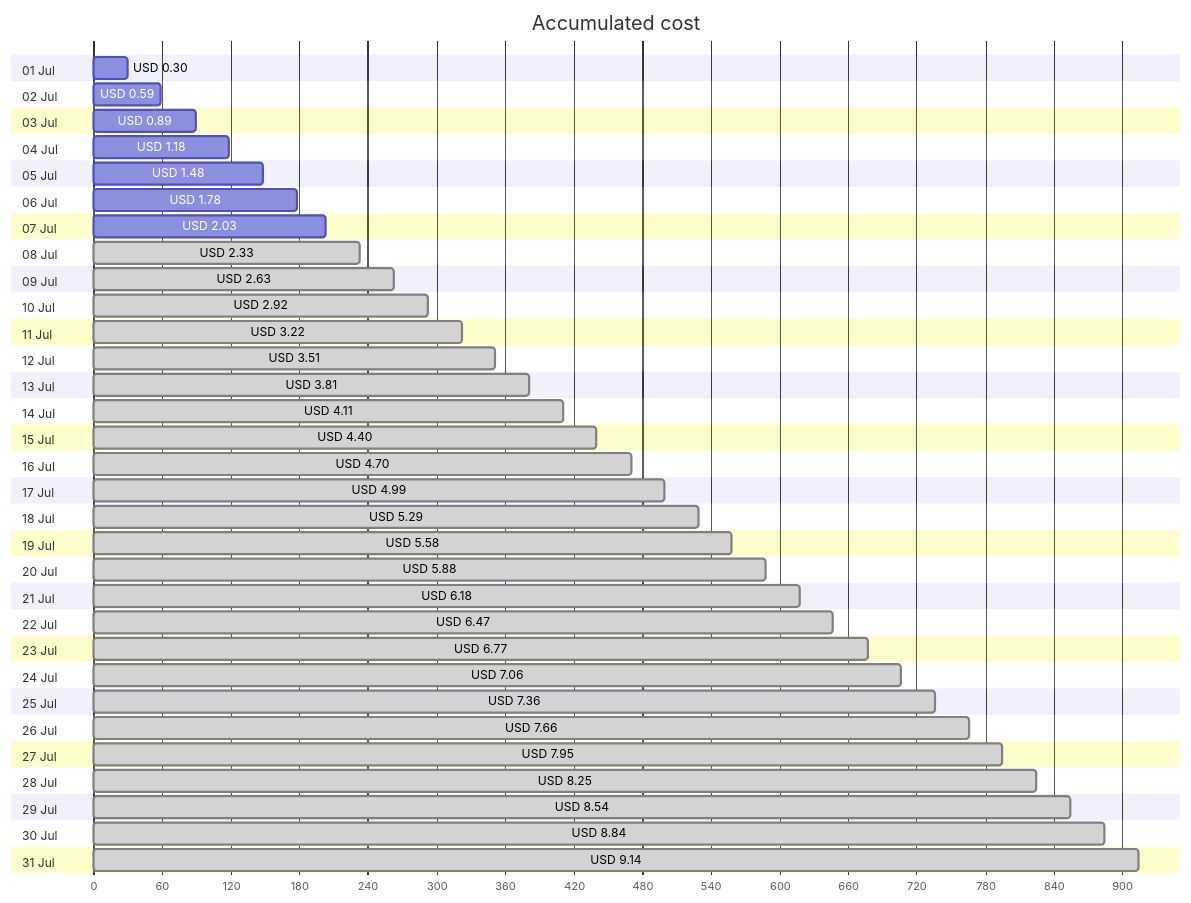
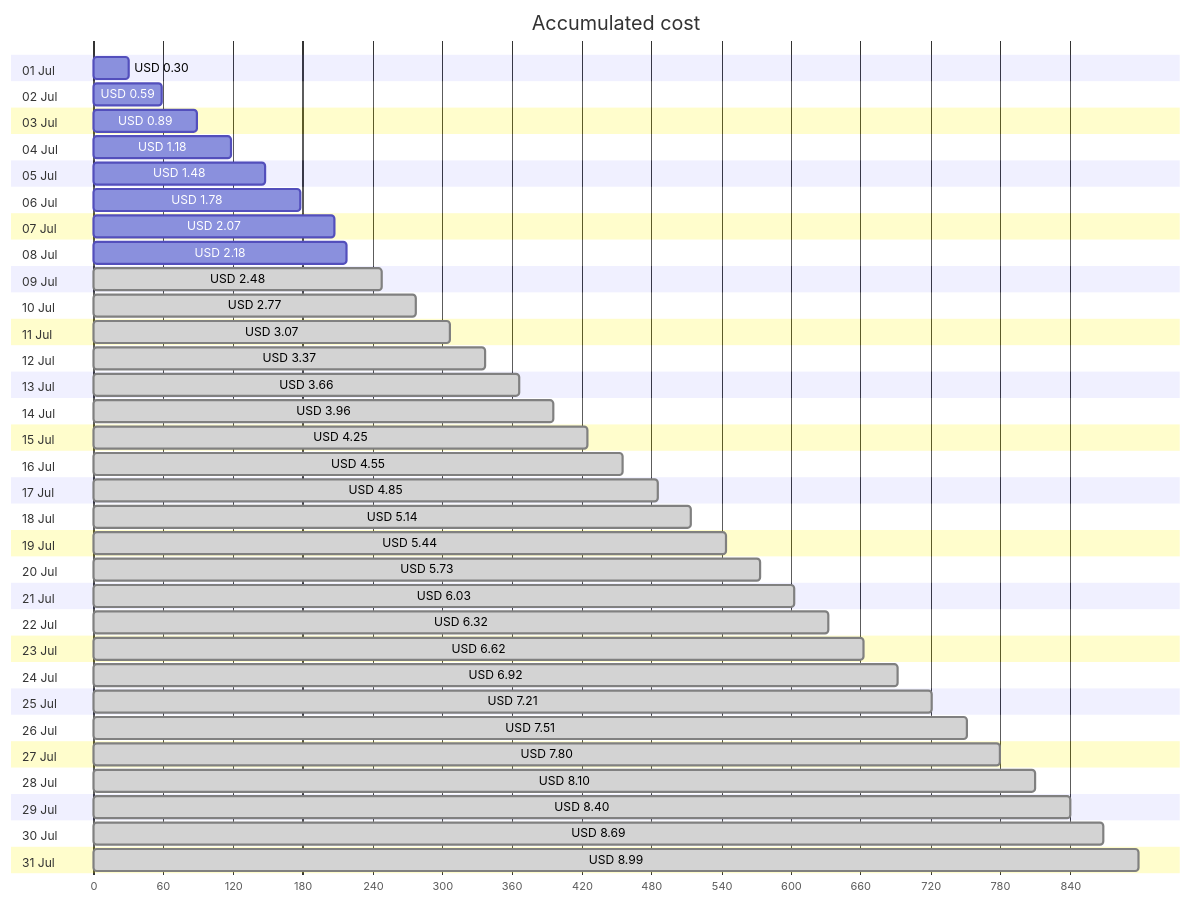
One commit to jpfulton/azure-personal-reports changed the first of 4 diagrams in cost-reports/personal-site/personal-site-preview.md. Above: the diagram before and after it, drawn with Mermaid. The commit also changed other lines of this file and 6 other files, not shown here.

````diff
--- a/cost-reports/personal-site/personal-site-preview.md
+++ b/cost-reports/personal-site/personal-site-preview.md
@@ -20,68 +20,68 @@
 ```mermaid
 gantt
    title Accumulated cost
    dateFormat  X
    axisFormat %s
    section 01 Jul
    USD 0.30 :0, 30
    section 02 Jul
    USD 0.59 :0, 59
    section 03 Jul
    USD 0.89 :0, 89
    section 04 Jul
    USD 1.18 :0, 118
    section 05 Jul
    USD 1.48 :0, 148
    section 06 Jul
    USD 1.78 :0, 178
    section 07 Jul
-   USD 2.03 :0, 203
+   USD 2.07 :0, 207
    section 08 Jul
-   USD 2.33 : done, 0, 233
+   USD 2.18 :0, 218
    section 09 Jul
-   USD 2.63 : done, 0, 263
+   USD 2.48 : done, 0, 248
    section 10 Jul
-   USD 2.92 : done, 0, 292
+   USD 2.77 : done, 0, 277
    section 11 Jul
-   USD 3.22 : done, 0, 322
+   USD 3.07 : done, 0, 307
    section 12 Jul
-   USD 3.51 : done, 0, 351
+   USD 3.37 : done, 0, 337
    section 13 Jul
-   USD 3.81 : done, 0, 381
+   USD 3.66 : done, 0, 366
    section 14 Jul
-   USD 4.11 : done, 0, 411
+   USD 3.96 : done, 0, 396
    section 15 Jul
-   USD 4.40 : done, 0, 440
+   USD 4.25 : done, 0, 425
    section 16 Jul
-   USD 4.70 : done, 0, 470
+   USD 4.55 : done, 0, 455
    section 17 Jul
-   USD 4.99 : done, 0, 499
+   USD 4.85 : done, 0, 485
    section 18 Jul
-   USD 5.29 : done, 0, 529
+   USD 5.14 : done, 0, 514
    section 19 Jul
-   USD 5.58 : done, 0, 558
+   USD 5.44 : done, 0, 544
    section 20 Jul
-   USD 5.88 : done, 0, 588
+   USD 5.73 : done, 0, 573
    section 21 Jul
-   USD 6.18 : done, 0, 618
+   USD 6.03 : done, 0, 603
    section 22 Jul
-   USD 6.47 : done, 0, 647
+   USD 6.32 : done, 0, 632
    section 23 Jul
-   USD 6.77 : done, 0, 677
+   USD 6.62 : done, 0, 662
    section 24 Jul
-   USD 7.06 : done, 0, 706
+   USD 6.92 : done, 0, 692
    section 25 Jul
-   USD 7.36 : done, 0, 736
+   USD 7.21 : done, 0, 721
    section 26 Jul
-   USD 7.66 : done, 0, 766
+   USD 7.51 : done, 0, 751
    section 27 Jul
-   USD 7.95 : done, 0, 795
+   USD 7.80 : done, 0, 780
    section 28 Jul
-   USD 8.25 : done, 0, 825
+   USD 8.10 : done, 0, 810
    section 29 Jul
-   USD 8.54 : done, 0, 854
+   USD 8.40 : done, 0, 840
    section 30 Jul
-   USD 8.84 : done, 0, 884
+   USD 8.69 : done, 0, 869
    section 31 Jul
-   USD 9.14 : done, 0, 914
+   USD 8.99 : done, 0, 899
 ```
````
